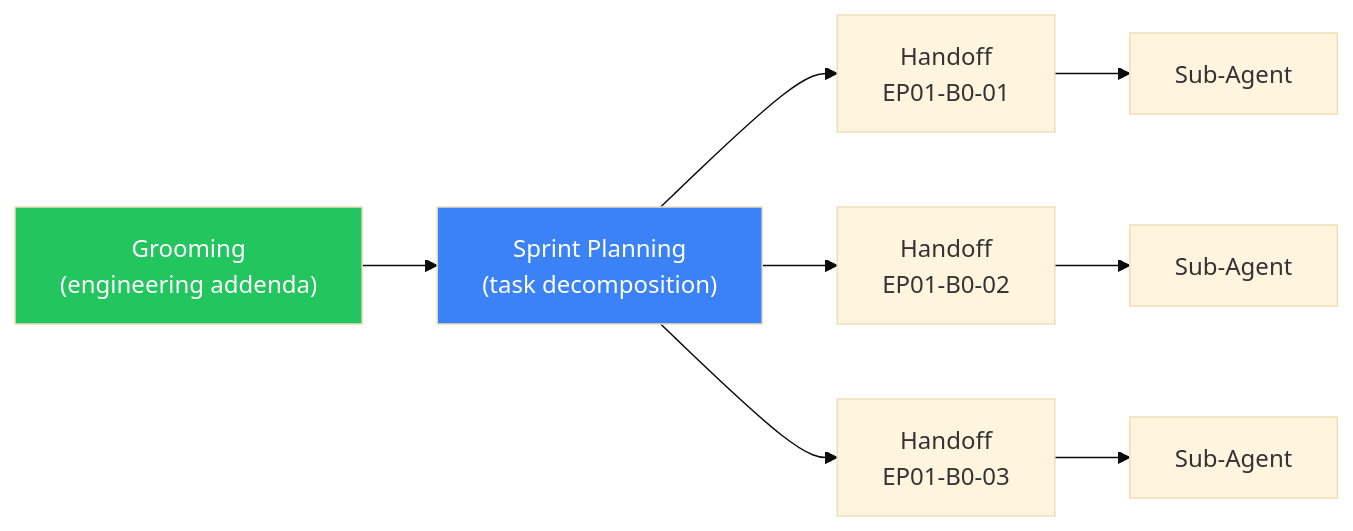
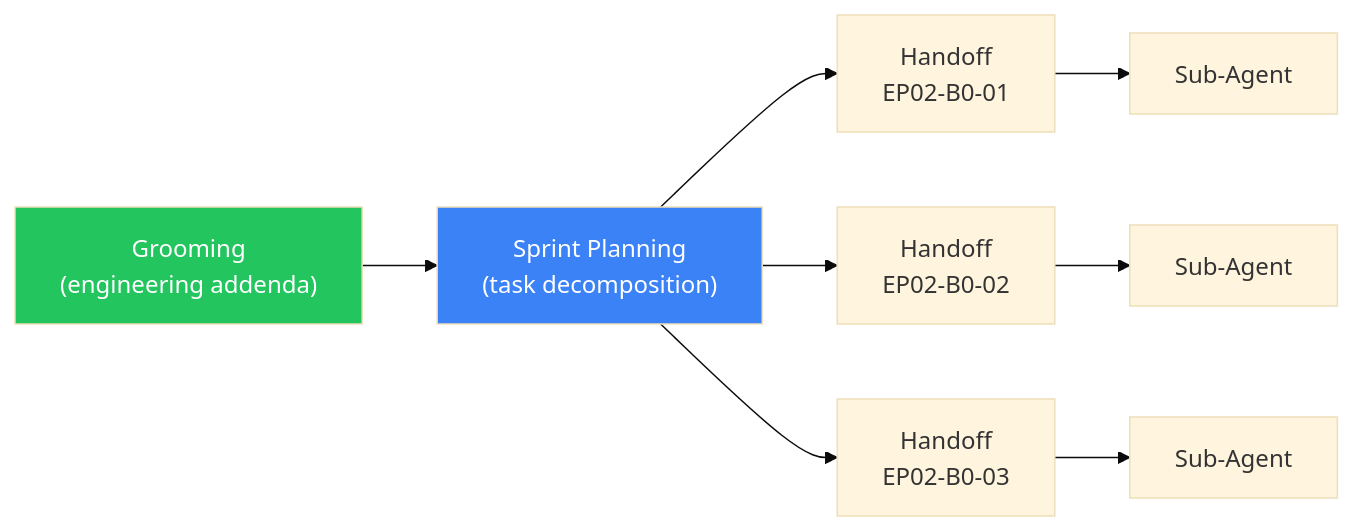
One commit to virgenherrera/Ballast-Lane-code_challenge changed the first of 3 diagrams in docs/process.md. Above: the diagram before and after it, drawn with Mermaid (base theme). The commit also changed 25 other files, not shown here.

````diff
--- a/docs/process.md
+++ b/docs/process.md
@@ -124,14 +124,14 @@
 ```mermaid
 %% Sprint Planning produces handoff files from grooming outputs
 flowchart LR
     GROOM["Grooming\n(engineering addenda)"] --> PLAN["Sprint Planning\n(task decomposition)"]
-    PLAN --> HF1["Handoff\nEP01-B0-01"]
-    PLAN --> HF2["Handoff\nEP01-B0-02"]
-    PLAN --> HF3["Handoff\nEP01-B0-03"]
+    PLAN --> HF1["Handoff\nEP02-B0-01"]
+    PLAN --> HF2["Handoff\nEP02-B0-02"]
+    PLAN --> HF3["Handoff\nEP02-B0-03"]
     HF1 --> AGENT1["Sub-Agent"]
     HF2 --> AGENT2["Sub-Agent"]
     HF3 --> AGENT3["Sub-Agent"]
 
     style PLAN fill:#3b82f6,color:#fff
     style GROOM fill:#22c55e,color:#fff
 ```
````
